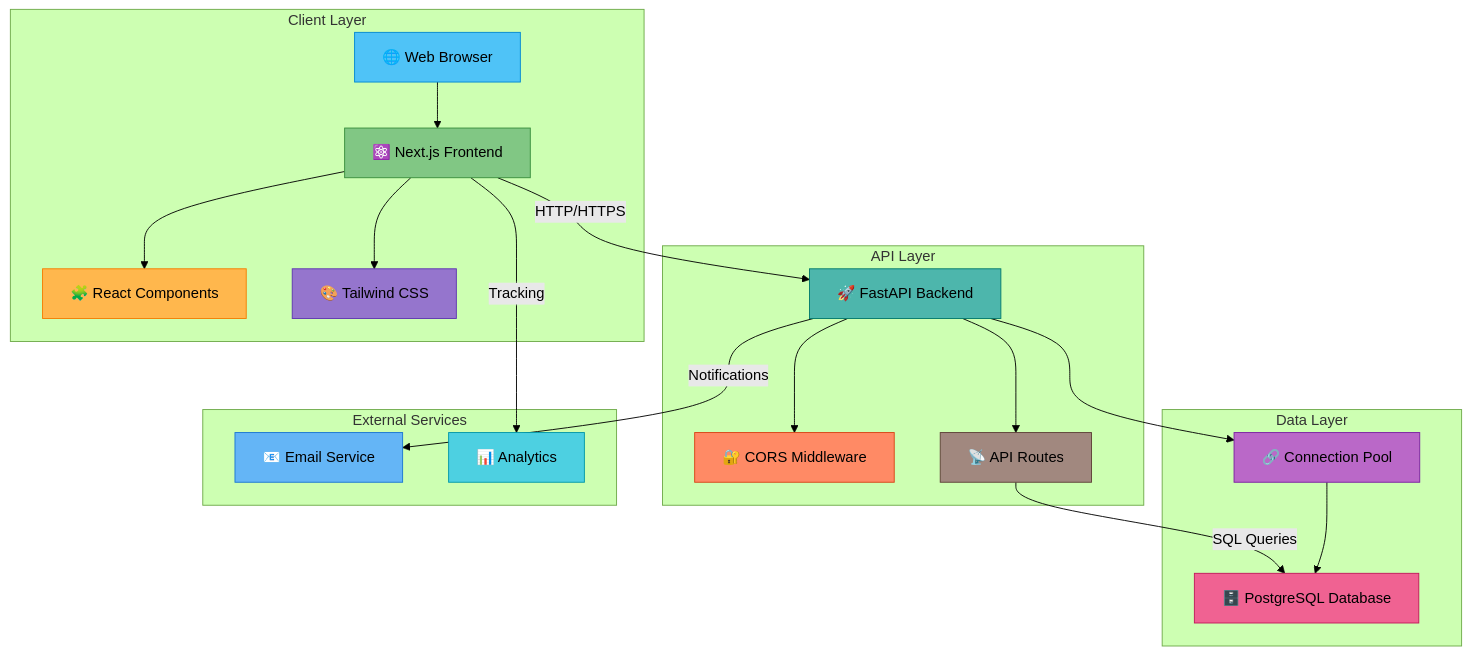
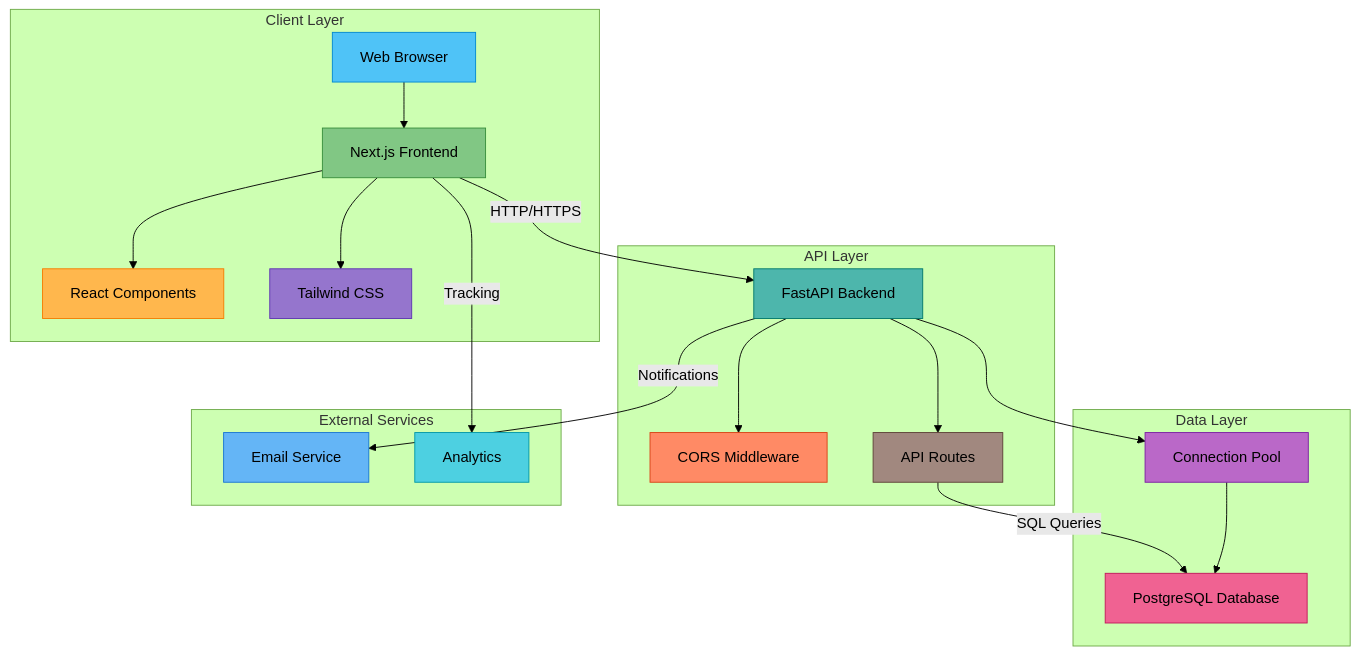
The first of 5 diagrams in README.md (merma1509/Portfolio-Website), drawn with Mermaid (forest theme) before and after one commit. The commit also changed other lines of this file, not shown here.

Commit message:
Remove emojis from Mermaid diagrams for cleaner professional appearance

````diff
--- a/README.md
+++ b/README.md
@@ -65,46 +65,46 @@
 ```mermaid
 graph TB
     subgraph "Client Layer"
-        A[🌐 Web Browser] --> B[⚛️ Next.js Frontend]
-        B --> C[🧩 React Components]
-        B --> D[🎨 Tailwind CSS]
+        A[Web Browser] --> B[Next.js Frontend]
+        B --> C[React Components]
+        B --> D[Tailwind CSS]
     end
     
     subgraph "API Layer"
-        E[🚀 FastAPI Backend]
-        F[🔐 CORS Middleware]
-        G[📡 API Routes]
+        E[FastAPI Backend]
+        F[CORS Middleware]
+        G[API Routes]
         E --> F
         E --> G
     end
     
     subgraph "Data Layer"
-        H[🗄️ PostgreSQL Database]
-        I[🔗 Connection Pool]
+        H[PostgreSQL Database]
+        I[Connection Pool]
         E --> I
         I --> H
     end
     
     subgraph "External Services"
-        J[📧 Email Service]
-        K[📊 Analytics]
+        J[Email Service]
+        K[Analytics]
     end
     
     B -->|HTTP/HTTPS| E
     G -->|SQL Queries| H
     E -->|Notifications| J
     B -->|Tracking| K
     
     %% Beautiful color scheme
     style A fill:#4FC3F7,stroke:#0288D1,color:#000
     style B fill:#81C784,stroke:#388E3C,color:#000
     style C fill:#FFB74D,stroke:#F57C00,color:#000
     style D fill:#9575CD,stroke:#5E35B1,color:#000
     style E fill:#4DB6AC,stroke:#00796B,color:#000
     style F fill:#FF8A65,stroke:#D84315,color:#000
     style G fill:#A1887F,stroke:#5D4037,color:#000
     style H fill:#F06292,stroke:#C2185B,color:#000
     style I fill:#BA68C8,stroke:#7B1FA2,color:#000
     style J fill:#64B5F6,stroke:#1976D2,color:#000
     style K fill:#4DD0E1,stroke:#0097A7,color:#000
 ```
````
